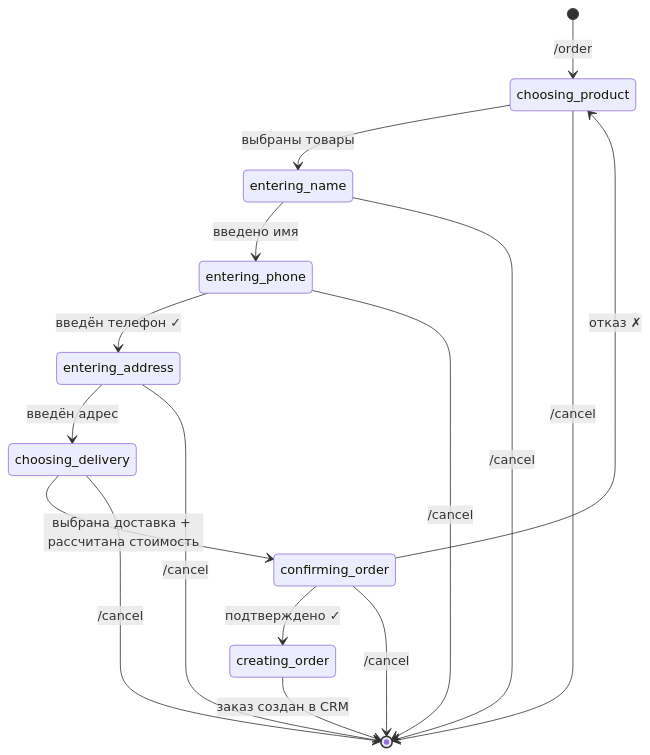
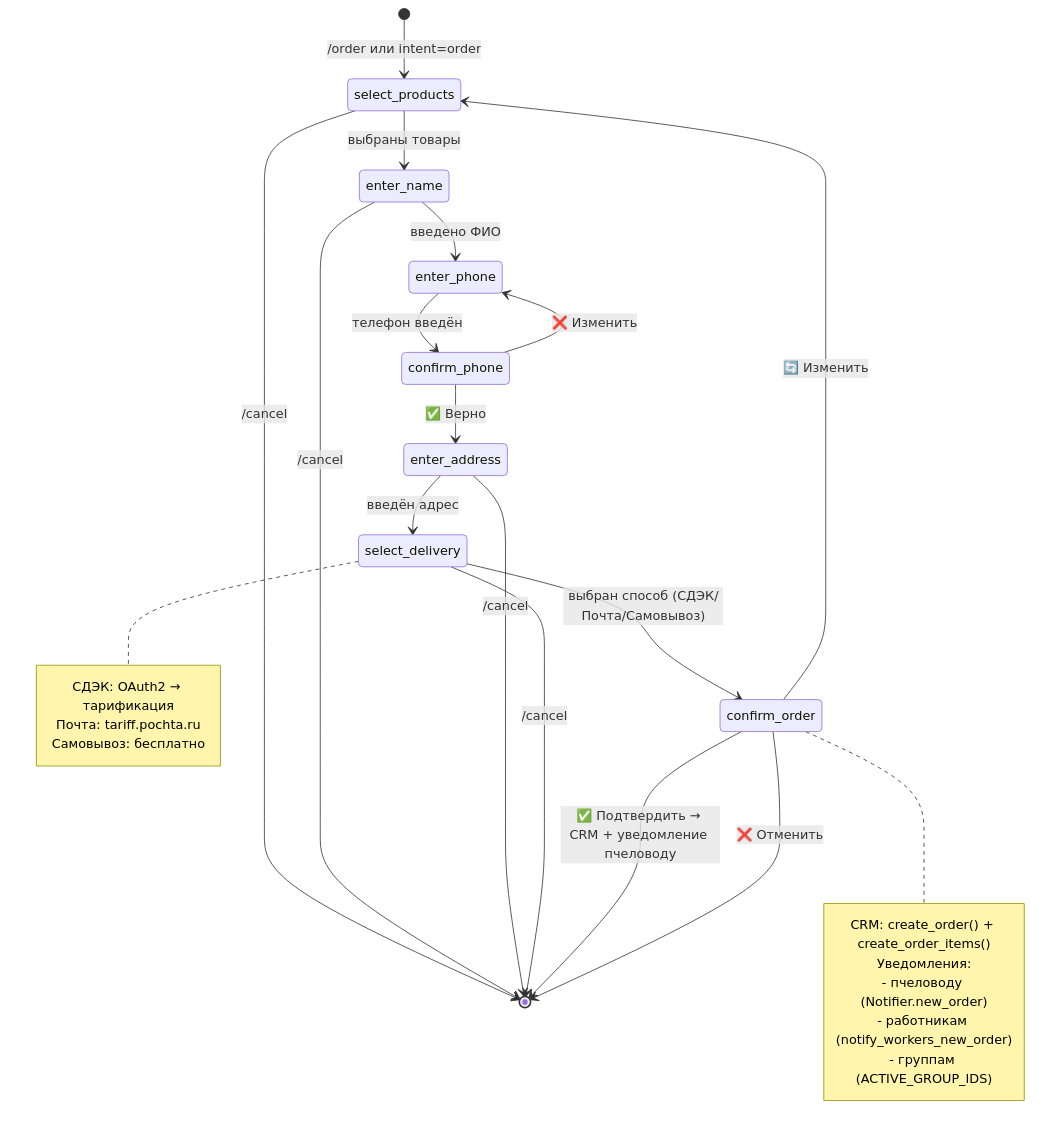
One commit to unidel2035/BEEBOT changed the third of 8 diagrams in docs/architecture.md. Above: the diagram before and after it, drawn with Mermaid. The commit also changed other lines of this file and 10 other files, not shown here.

````diff
--- a/docs/architecture.md
+++ b/docs/architecture.md
@@ -161,19 +164,38 @@
 ```mermaid
 stateDiagram-v2
-    [*] --> choosing_product: /order
-    choosing_product --> entering_name: выбраны товары
-    entering_name --> entering_phone: введено имя
-    entering_phone --> entering_address: введён телефон ✓
-    entering_address --> choosing_delivery: введён адрес
-    choosing_delivery --> confirming_order: выбрана доставка + рассчитана стоимость
-    confirming_order --> creating_order: подтверждено ✓
-    confirming_order --> choosing_product: отказ ✗
-    creating_order --> [*]: заказ создан в CRM
+    [*] --> select_products : /order или intent=order
 
-    choosing_product --> [*]: /cancel
-    entering_name --> [*]: /cancel
-    entering_phone --> [*]: /cancel
-    entering_address --> [*]: /cancel
-    choosing_delivery --> [*]: /cancel
-    confirming_order --> [*]: /cancel
+    select_products --> enter_name : выбраны товары
+    select_products --> [*] : /cancel
+
+    enter_name --> enter_phone : введено ФИО
+    enter_name --> [*] : /cancel
+
+    enter_phone --> confirm_phone : телефон введён
+    confirm_phone --> enter_address : ✅ Верно
+    confirm_phone --> enter_phone : ❌ Изменить
+
+    enter_address --> select_delivery : введён адрес
+    enter_address --> [*] : /cancel
+
+    select_delivery --> confirm_order : выбран способ (СДЭК/Почта/Самовывоз)
+    select_delivery --> [*] : /cancel
+
+    confirm_order --> [*] : ✅ Подтвердить → CRM + уведомление пчеловоду
+    confirm_order --> select_products : 🔄 Изменить
+    confirm_order --> [*] : ❌ Отменить
+
+    note right of select_delivery
+        СДЭК: OAuth2 → тарификация
+        Почта: tariff.pochta.ru
+        Самовывоз: бесплатно
+    end note
+
+    note right of confirm_order
+        CRM: create_order() + create_order_items()
+        Уведомления:
+        - пчеловоду (Notifier.new_order)
+        - работникам (notify_workers_new_order)
+        - группам (ACTIVE_GROUP_IDS)
+    end note
 ```
````
